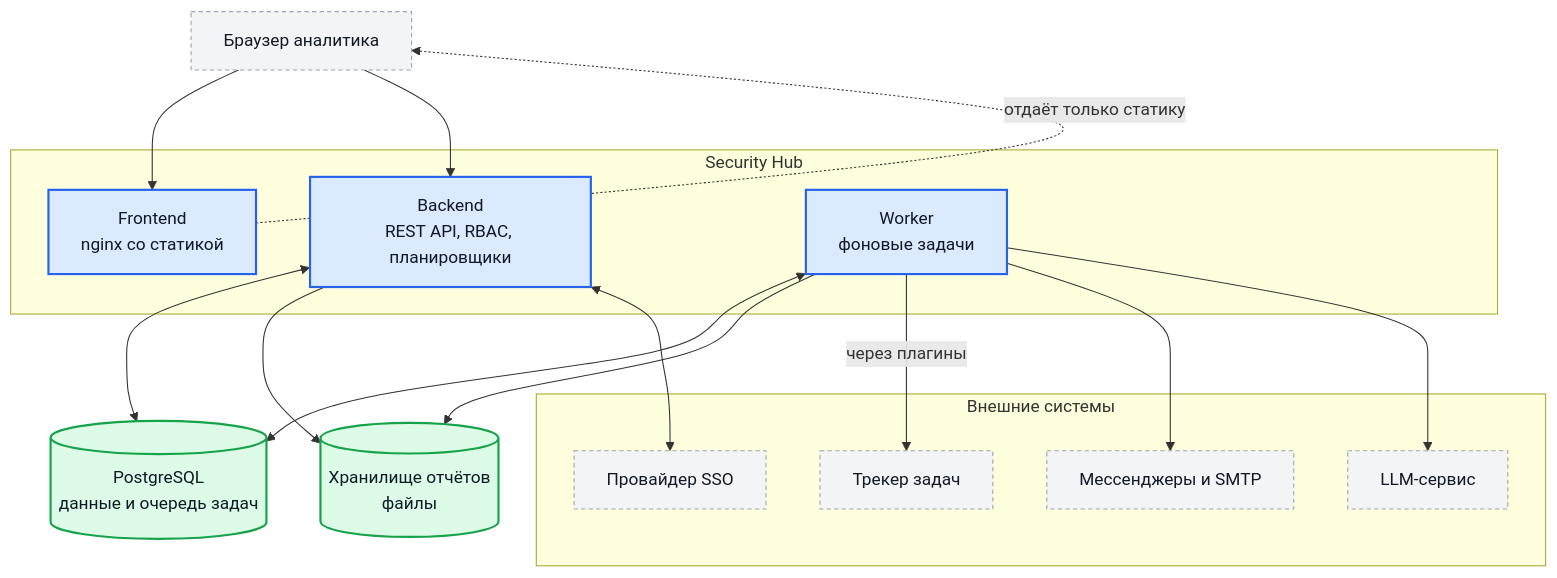
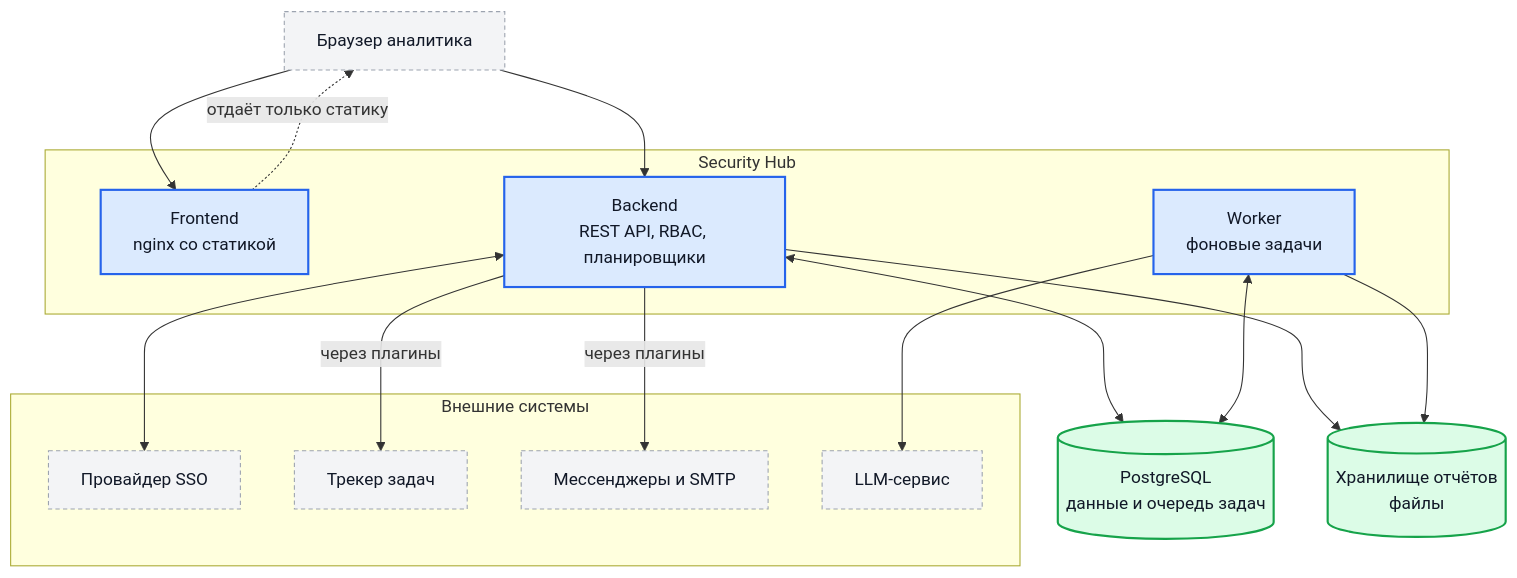
Before and after one commit to s3m4rgl/hub-docs: the first of 2 diagrams in docs/architecture.md, drawn with Mermaid. The commit also changed other lines of this file and 53 other files, not shown here.

````diff
--- a/docs/architecture.md
+++ b/docs/architecture.md
@@ -10,39 +10,39 @@
 ```mermaid
 flowchart TD
     Browser["Браузер аналитика"]
 
     subgraph HubBox["Security Hub"]
         Frontend["Frontend<br/>nginx со статикой"]
         Backend["Backend<br/>REST API, RBAC, планировщики"]
         Worker["Worker<br/>фоновые задачи"]
     end
 
     DB[("PostgreSQL<br/>данные и очередь задач")]
     Files[("Хранилище отчётов<br/>файлы")]
 
     subgraph ExtBox["Внешние системы"]
         IdP["Провайдер SSO"]
         Tracker["Трекер задач"]
         Chat["Мессенджеры и SMTP"]
         LLM["LLM-сервис"]
     end
 
     Browser --> Frontend
     Browser --> Backend
     Frontend -.-> |"отдаёт только статику"| Browser
     Backend <--> DB
     Worker <--> DB
     Backend --> Files
     Worker --> Files
     Backend <--> IdP
-    Worker --> |"через плагины"| Tracker
-    Worker --> Chat
+    Backend --> |"через плагины"| Tracker
+    Backend --> |"через плагины"| Chat
     Worker --> LLM
 
     classDef hub fill:#dbeafe,stroke:#2563eb,stroke-width:2px,color:#111827
     classDef ext fill:#f3f4f6,stroke:#9ca3af,stroke-width:1px,stroke-dasharray:4 3,color:#111827
     classDef store fill:#dcfce7,stroke:#16a34a,stroke-width:2px,color:#111827
     class Frontend,Backend,Worker hub
     class IdP,Tracker,Chat,LLM,Browser ext
     class DB,Files store
 ```
````
